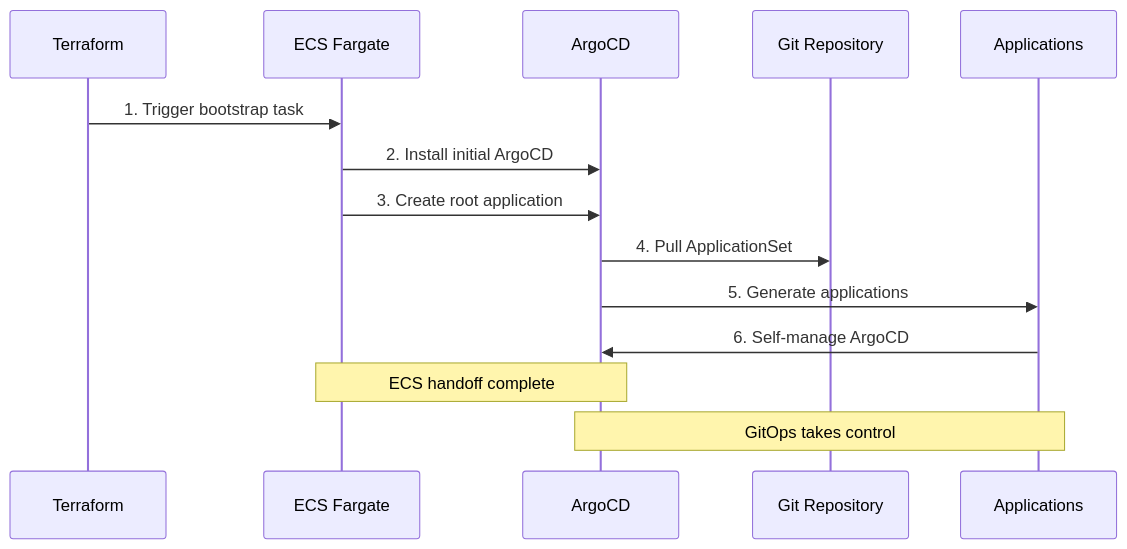
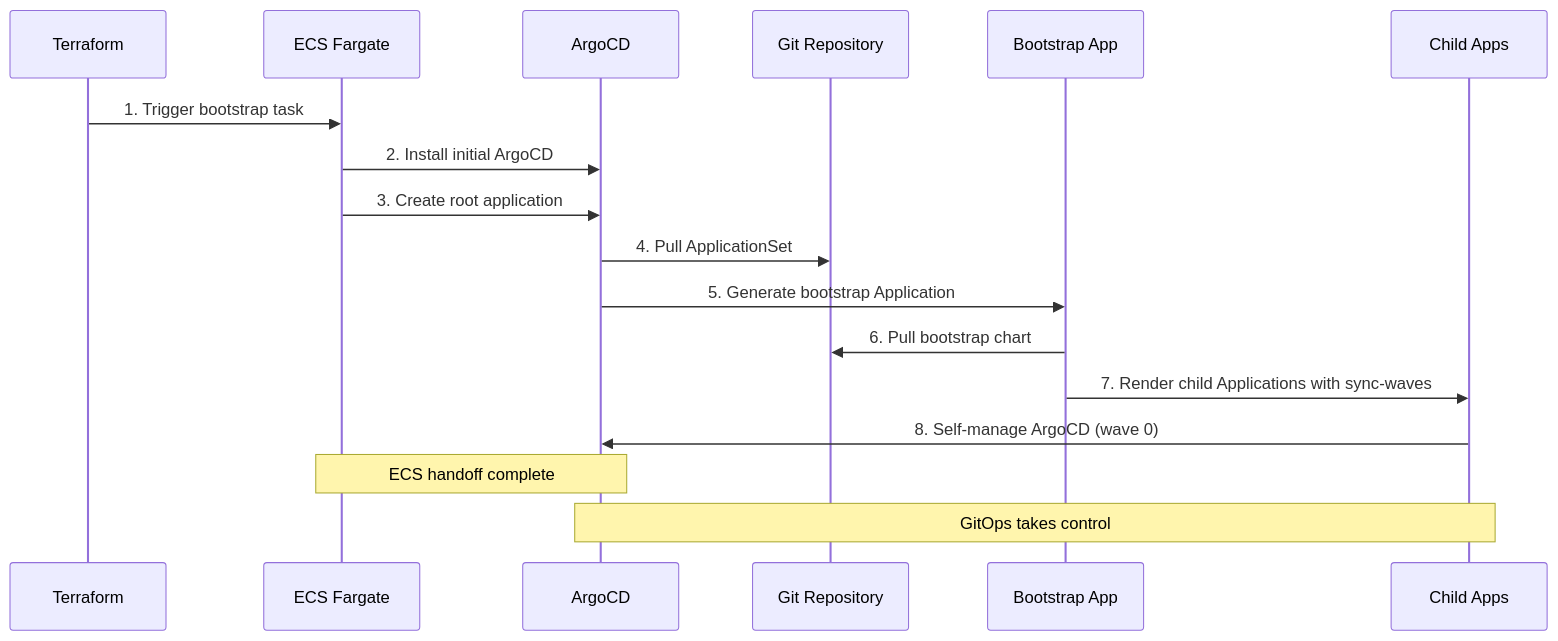
One commit to rosa-regional-platform-ci/rosa-regional-platform changed the second of 2 diagrams in docs/design/gitops-cluster-configuration.md. Above: the diagram before and after it, drawn with Mermaid. The commit also changed other lines of this file and 16 other files, not shown here.

````diff
--- a/docs/design/gitops-cluster-configuration.md
+++ b/docs/design/gitops-cluster-configuration.md
@@ -197,18 +185,21 @@
 ```mermaid
 sequenceDiagram
     participant TF as Terraform
     participant ECS as ECS Fargate
     participant ArgoCD as ArgoCD
     participant Git as Git Repository
-    participant Apps as Applications
+    participant Bootstrap as Bootstrap App
+    participant Children as Child Apps
 
     TF->>ECS: 1. Trigger bootstrap task
     ECS->>ArgoCD: 2. Install initial ArgoCD
     ECS->>ArgoCD: 3. Create root application
     ArgoCD->>Git: 4. Pull ApplicationSet
-    ArgoCD->>Apps: 5. Generate applications
-    Apps->>ArgoCD: 6. Self-manage ArgoCD
+    ArgoCD->>Bootstrap: 5. Generate bootstrap Application
+    Bootstrap->>Git: 6. Pull bootstrap chart
+    Bootstrap->>Children: 7. Render child Applications with sync-waves
+    Children->>ArgoCD: 8. Self-manage ArgoCD (wave 0)
 
     Note over ECS,ArgoCD: ECS handoff complete
-    Note over ArgoCD,Apps: GitOps takes control
+    Note over ArgoCD,Children: GitOps takes control
 ```
````
